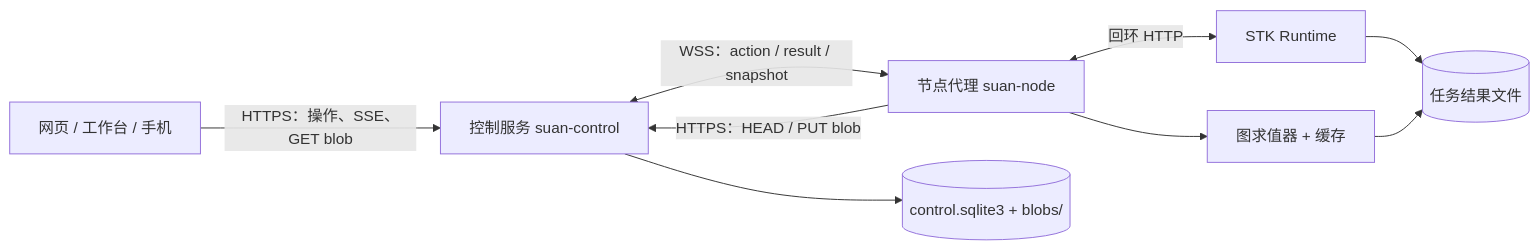
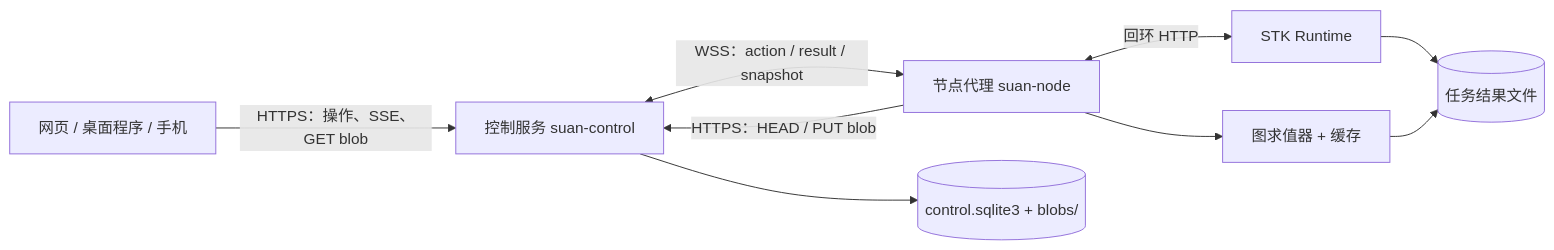
Before and after one commit to sijintech/stk: the diagram in docs/hub.md, drawn with Mermaid. The commit also changed other lines of this file and 56 other files, not shown here.

````diff
--- a/docs/hub.md
+++ b/docs/hub.md
@@ -14,11 +14,11 @@
 ```mermaid
 flowchart LR
-  Client[网页 / 工作台 / 手机] -->|HTTPS：操作、SSE、GET blob| Hub[控制服务 suan-control]
+  Client[网页 / 桌面程序 / 手机] -->|HTTPS：操作、SSE、GET blob| Hub[控制服务 suan-control]
   Hub <-->|WSS：action / result / snapshot| Node[节点代理 suan-node]
   Node -->|HTTPS：HEAD / PUT blob| Hub
   Node <-->|回环 HTTP| Runtime[STK Runtime]
   Node --> Eval[图求值器 + 缓存]
   Runtime --> Files[(任务结果文件)]
   Eval --> Files
   Hub --> DB[(control.sqlite3 + blobs/)]
 ```
````
